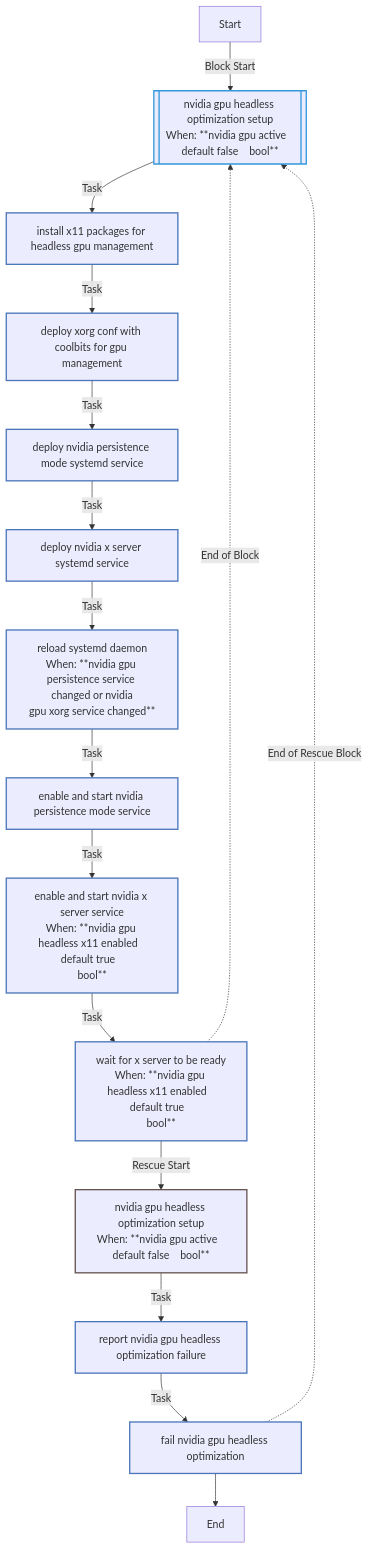
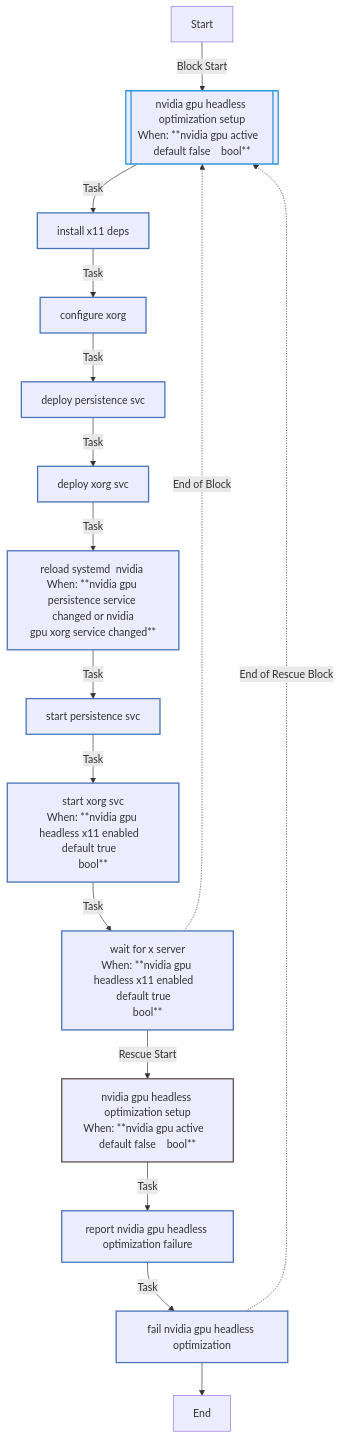
One commit to rou-cru/k3s-homelab changed the second of 3 diagrams in roles/nvidia_gpu/README.md. Above: the diagram before and after it, drawn with Mermaid. The commit also changed other lines of this file and 16 other files, not shown here.

````diff
--- a/roles/nvidia_gpu/README.md
+++ b/roles/nvidia_gpu/README.md
@@ -295,28 +295,28 @@
 ```mermaid
 flowchart TD
 Start
 classDef block stroke:#3498db,stroke-width:2px;
 classDef task stroke:#4b76bb,stroke-width:2px;
 classDef includeTasks stroke:#16a085,stroke-width:2px;
 classDef importTasks stroke:#34495e,stroke-width:2px;
 classDef includeRole stroke:#2980b9,stroke-width:2px;
 classDef importRole stroke:#699ba7,stroke-width:2px;
 classDef includeVars stroke:#8e44ad,stroke-width:2px;
 classDef rescue stroke:#665352,stroke-width:2px;
 
   Start-->|Block Start| NVIDIA_GPU_headless_optimization_setup0_block_start_0[[nvidia gpu headless optimization setup<br>When: **nvidia gpu active   default false    bool**]]:::block
-  NVIDIA_GPU_headless_optimization_setup0_block_start_0-->|Task| Install_X11_packages_for_headless_GPU_management0[install x11 packages for headless gpu management]:::task
-  Install_X11_packages_for_headless_GPU_management0-->|Task| Deploy_xorg_conf_with_coolbits_for_GPU_management1[deploy xorg conf with coolbits for gpu management]:::task
-  Deploy_xorg_conf_with_coolbits_for_GPU_management1-->|Task| Deploy_NVIDIA_persistence_mode_systemd_service2[deploy nvidia persistence mode systemd service]:::task
-  Deploy_NVIDIA_persistence_mode_systemd_service2-->|Task| Deploy_NVIDIA_X_server_systemd_service3[deploy nvidia x server systemd service]:::task
-  Deploy_NVIDIA_X_server_systemd_service3-->|Task| Reload_systemd_daemon4[reload systemd daemon<br>When: **nvidia gpu persistence service changed or nvidia<br>gpu xorg service changed**]:::task
-  Reload_systemd_daemon4-->|Task| Enable_and_start_NVIDIA_persistence_mode_service5[enable and start nvidia persistence mode service]:::task
-  Enable_and_start_NVIDIA_persistence_mode_service5-->|Task| Enable_and_start_NVIDIA_X_server_service6[enable and start nvidia x server service<br>When: **nvidia gpu headless x11 enabled   default true   <br>bool**]:::task
-  Enable_and_start_NVIDIA_X_server_service6-->|Task| Wait_for_X_server_to_be_ready7[wait for x server to be ready<br>When: **nvidia gpu headless x11 enabled   default true   <br>bool**]:::task
-  Wait_for_X_server_to_be_ready7-.->|End of Block| NVIDIA_GPU_headless_optimization_setup0_block_start_0
-  Wait_for_X_server_to_be_ready7-->|Rescue Start| NVIDIA_GPU_headless_optimization_setup0_rescue_start_0[nvidia gpu headless optimization setup<br>When: **nvidia gpu active   default false    bool**]:::rescue
+  NVIDIA_GPU_headless_optimization_setup0_block_start_0-->|Task| Install_X11_deps0[install x11 deps]:::task
+  Install_X11_deps0-->|Task| Configure_xorg1[configure xorg]:::task
+  Configure_xorg1-->|Task| Deploy_persistence_svc2[deploy persistence svc]:::task
+  Deploy_persistence_svc2-->|Task| Deploy_Xorg_svc3[deploy xorg svc]:::task
+  Deploy_Xorg_svc3-->|Task| Reload_systemd__nvidia_4[reload systemd  nvidia <br>When: **nvidia gpu persistence service changed or nvidia<br>gpu xorg service changed**]:::task
+  Reload_systemd__nvidia_4-->|Task| Start_persistence_svc5[start persistence svc]:::task
+  Start_persistence_svc5-->|Task| Start_Xorg_svc6[start xorg svc<br>When: **nvidia gpu headless x11 enabled   default true   <br>bool**]:::task
+  Start_Xorg_svc6-->|Task| Wait_for_X_server7[wait for x server<br>When: **nvidia gpu headless x11 enabled   default true   <br>bool**]:::task
+  Wait_for_X_server7-.->|End of Block| NVIDIA_GPU_headless_optimization_setup0_block_start_0
+  Wait_for_X_server7-->|Rescue Start| NVIDIA_GPU_headless_optimization_setup0_rescue_start_0[nvidia gpu headless optimization setup<br>When: **nvidia gpu active   default false    bool**]:::rescue
   NVIDIA_GPU_headless_optimization_setup0_rescue_start_0-->|Task| Report_NVIDIA_GPU_headless_optimization_failure0[report nvidia gpu headless optimization failure]:::task
   Report_NVIDIA_GPU_headless_optimization_failure0-->|Task| Fail_NVIDIA_GPU_headless_optimization1[fail nvidia gpu headless optimization]:::task
   Fail_NVIDIA_GPU_headless_optimization1-.->|End of Rescue Block| NVIDIA_GPU_headless_optimization_setup0_block_start_0
   Fail_NVIDIA_GPU_headless_optimization1-->End
 ```
````
